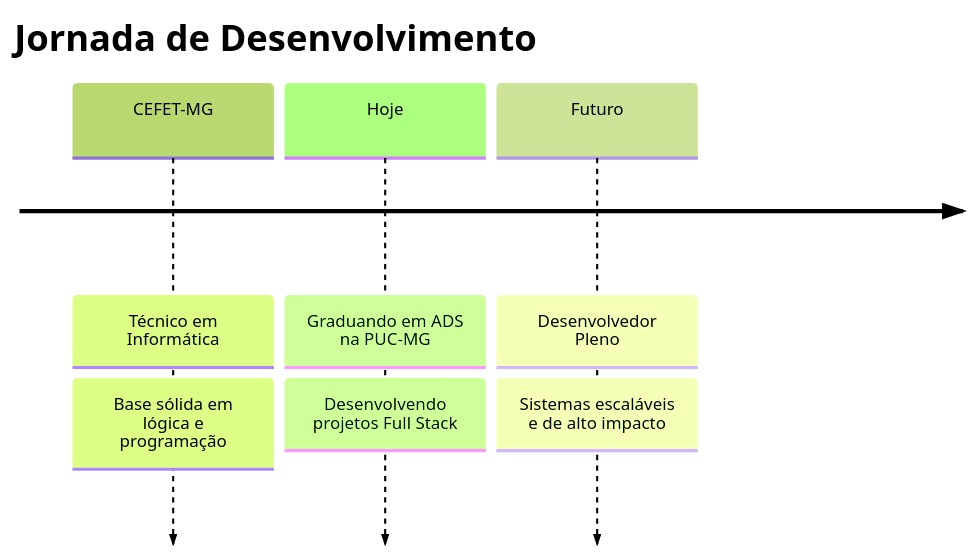
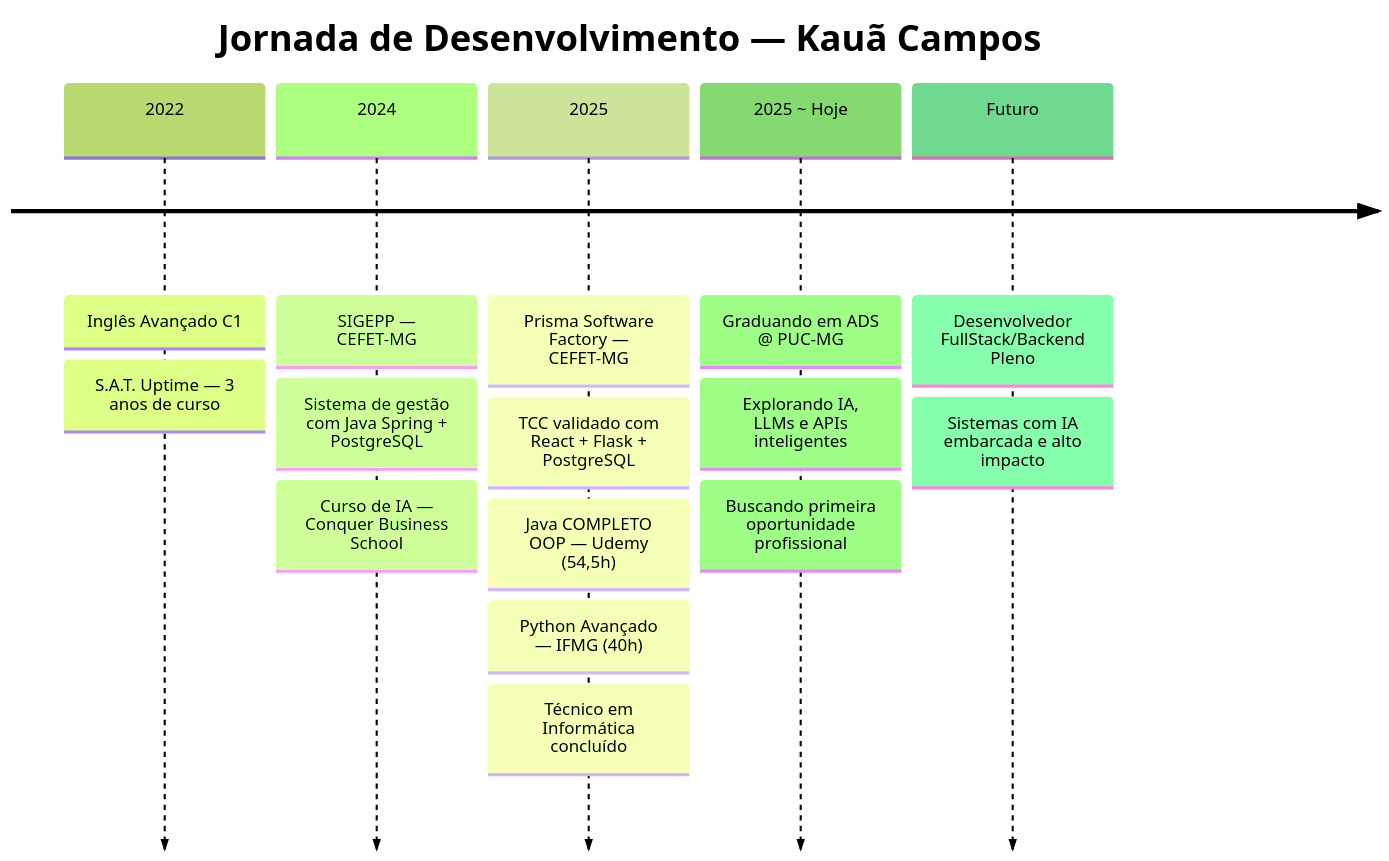
Before and after one commit to KauaCampos/KauaCampos: the diagram in README.md, drawn with Mermaid (forest theme). The commit also changed other lines of this file, not shown here.

````diff
--- a/README.md
+++ b/README.md
@@ -106,10 +136,19 @@
 ```mermaid
 timeline
-    title Jornada de Desenvolvimento
-    CEFET-MG     : Técnico em Informática
-                 : Base sólida em lógica e programação
-    Hoje         : Graduando em ADS na PUC-MG
-                 : Desenvolvendo projetos Full Stack
-    Futuro       : Desenvolvedor Pleno
-                 : Sistemas escaláveis e de alto impacto
+    title Jornada de Desenvolvimento — Kauã Campos
+    2022         : Inglês Avançado C1
+                 : S.A.T. Uptime — 3 anos de curso
+    2024         : SIGEPP — CEFET-MG
+                 : Sistema de gestão com Java Spring + PostgreSQL
+                 : Curso de IA — Conquer Business School
+    2025         : Prisma Software Factory — CEFET-MG
+                 : TCC validado com React + Flask + PostgreSQL
+                 : Java COMPLETO OOP — Udemy (54,5h)
+                 : Python Avançado — IFMG (40h)
+                 : Técnico em Informática concluído
+    2025 ~ Hoje  : Graduando em ADS @ PUC-MG
+                 : Explorando IA, LLMs e APIs inteligentes
+                 : Buscando primeira oportunidade profissional
+    Futuro       : Desenvolvedor FullStack/Backend Pleno
+                 : Sistemas com IA embarcada e alto impacto
 ```
````
